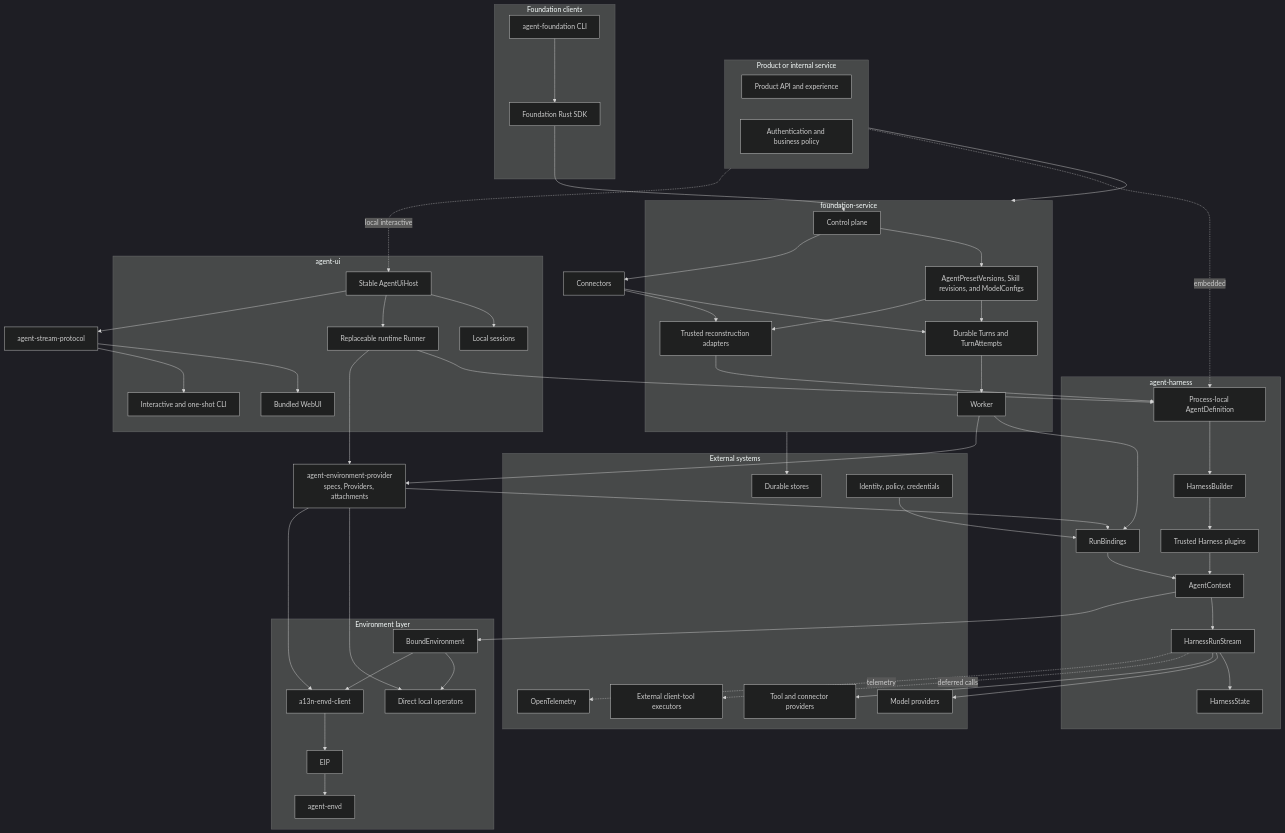
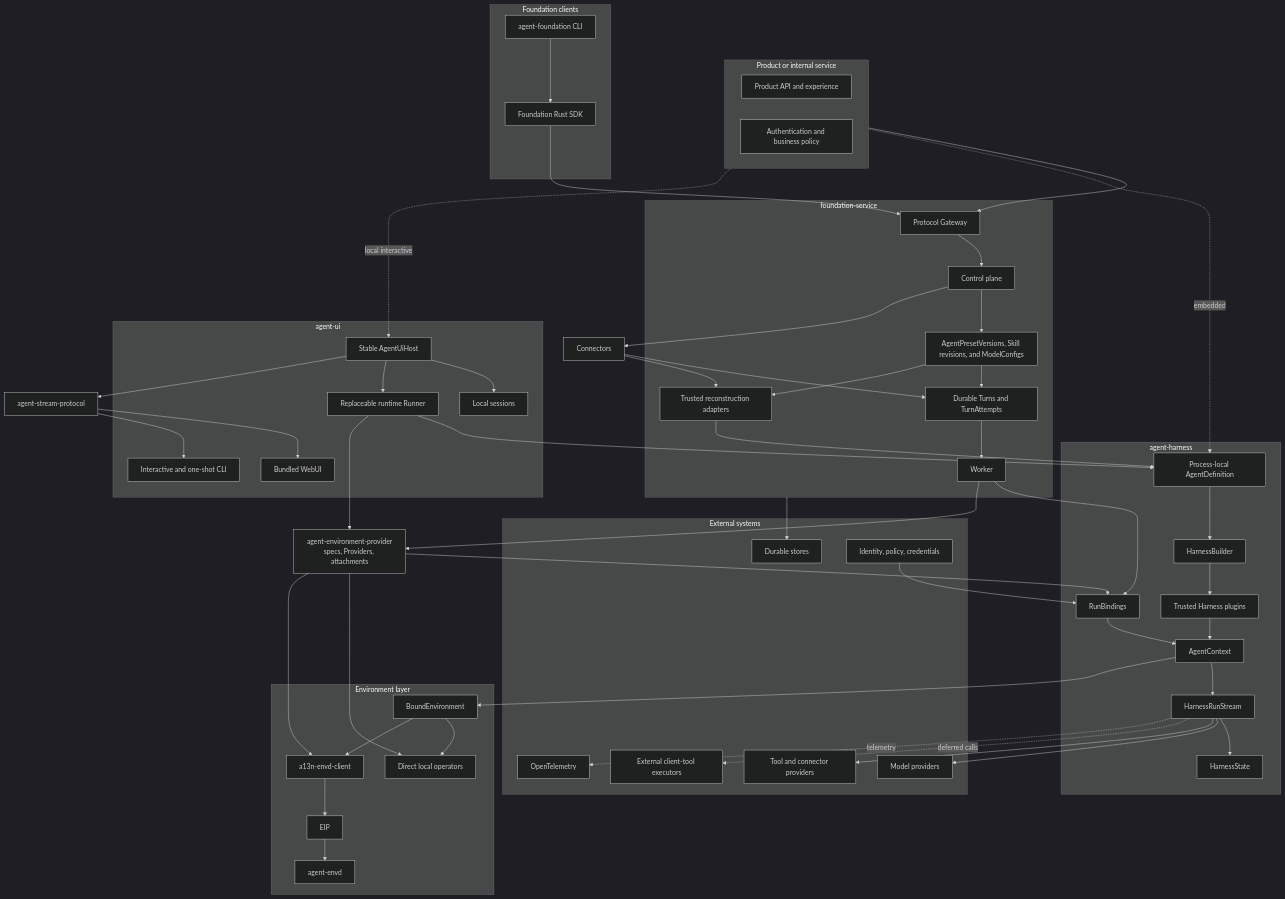
Before and after one commit to LTThreeComma/agent-foundation: the first of 4 diagrams in spec/README.md, drawn with Mermaid (dark theme). The commit also changed other lines of this file and 17 other files, not shown here.

Commit message:
docs(gateway): define service protocol gateway (#44)

```diff
--- a/spec/README.md
+++ b/spec/README.md
@@ -28,6 +28,7 @@
     end
 
     subgraph Service[foundation-service]
+        Gateway[Protocol Gateway]
         Control[Control plane]
         Definitions[AgentPresetVersions, Skill revisions, and ModelConfigs]
         Lifecycle[Durable Turns and TurnAttempts]
@@ -78,8 +79,8 @@
         OTel[OpenTelemetry]
     end
 
-    Product --> Service
-    FoundationCLI --> RustSDK --> Control
+    Product --> Gateway --> Control
+    FoundationCLI --> RustSDK --> Gateway
     Product -. embedded .-> Definition
     Product -. local interactive .-> Host
     Host --> Sessions
```
